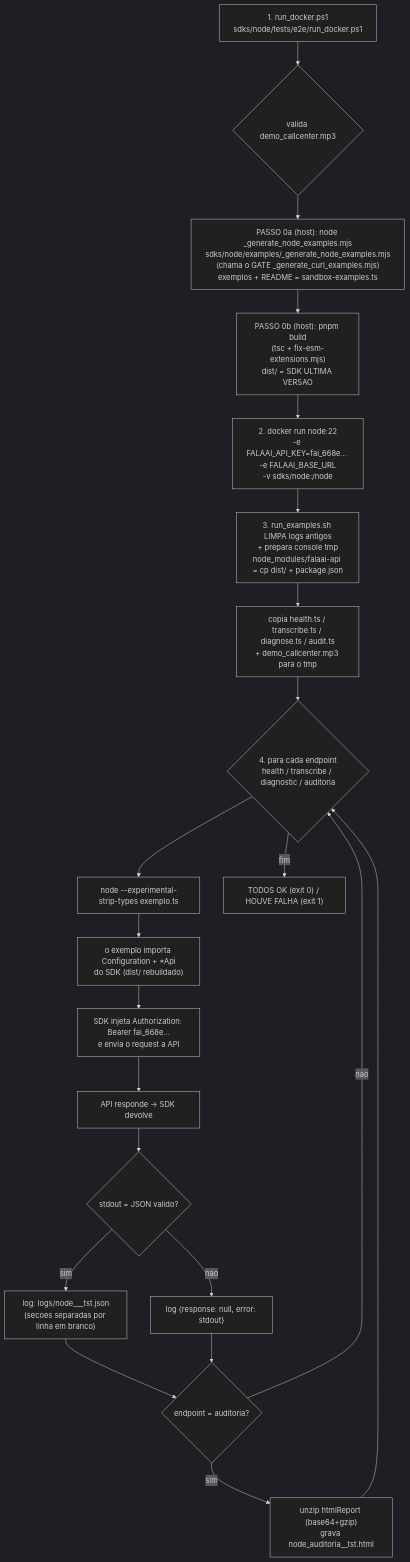
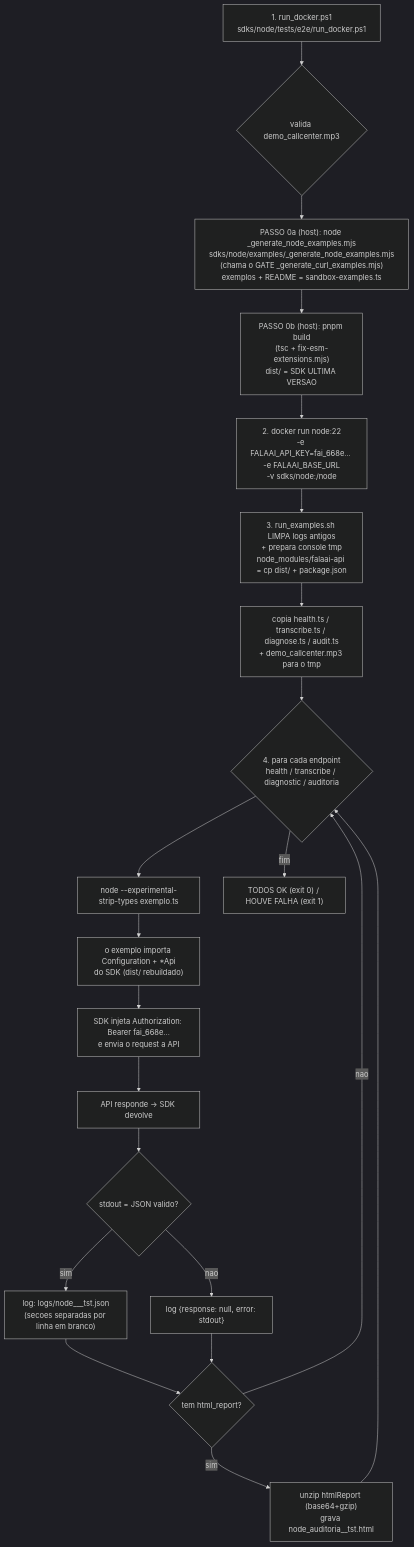
One commit to ActionTecBr/falaai-api-node changed the diagram in examples/_FLUXO_TESTE_SDK_NODE.md. Above: the diagram before and after it, drawn with Mermaid (dark theme). The commit also changed other lines of this file and 109 other files, not shown here.

````diff
--- a/examples/_FLUXO_TESTE_SDK_NODE.md
+++ b/examples/_FLUXO_TESTE_SDK_NODE.md
@@ -34,23 +34,23 @@
 ```mermaid
 flowchart TD
     A["1. run_docker.ps1<br/>sdks/node/tests/e2e/run_docker.ps1"] --> B{"valida demo_callcenter.mp3"}
     B --> P0a["PASSO 0a (host): node _generate_node_examples.mjs<br/>sdks/node/examples/_generate_node_examples.mjs<br/>(chama o GATE _generate_curl_examples.mjs)<br/>exemplos + README = sandbox-examples.ts"]
     P0a --> P0b["PASSO 0b (host): pnpm build<br/>(tsc + fix-esm-extensions.mjs)<br/>dist/ = SDK ULTIMA VERSAO"]
     P0b --> C["2. docker run node:22<br/>-e FALAAI_API_KEY=fai_668e... -e FALAAI_BASE_URL<br/>-v sdks/node:/node"]
     C --> D["3. run_examples.sh LIMPA logs antigos<br/>+ prepara console tmp<br/>node_modules/falaai-api = cp dist/ + package.json"]
     D --> E["copia health.ts / transcribe.ts / diagnose.ts / audit.ts<br/>+ demo_callcenter.mp3 para o tmp"]
     E --> F{"4. para cada endpoint<br/>health / transcribe / diagnostic / auditoria"}
     F --> G["node --experimental-strip-types exemplo.ts"]
     G --> H["o exemplo importa Configuration + *Api<br/>do SDK (dist/ rebuildado)"]
     H --> I["SDK injeta Authorization: Bearer fai_668e...<br/>e envia o request a API"]
     I --> J["API responde -> SDK devolve"]
     J --> K{"stdout = JSON valido?"}
     K -- "sim" --> L["log: logs/node_<endpoint>_<ts>_tst.json<br/>(secoes separadas por linha em branco)"]
     K -- "nao" --> M["log {response: null, error: stdout}"]
-    L --> N{"endpoint = auditoria?"}
+    L --> N{"tem html_report?"}
     M --> N
     N -- "sim" --> O["unzip htmlReport (base64+gzip)<br/>grava node_auditoria_<ts>_tst.html"]
     N -- "nao" --> F
     O --> F
     F -- "fim" --> P["TODOS OK (exit 0) / HOUVE FALHA (exit 1)"]
 ```
````
